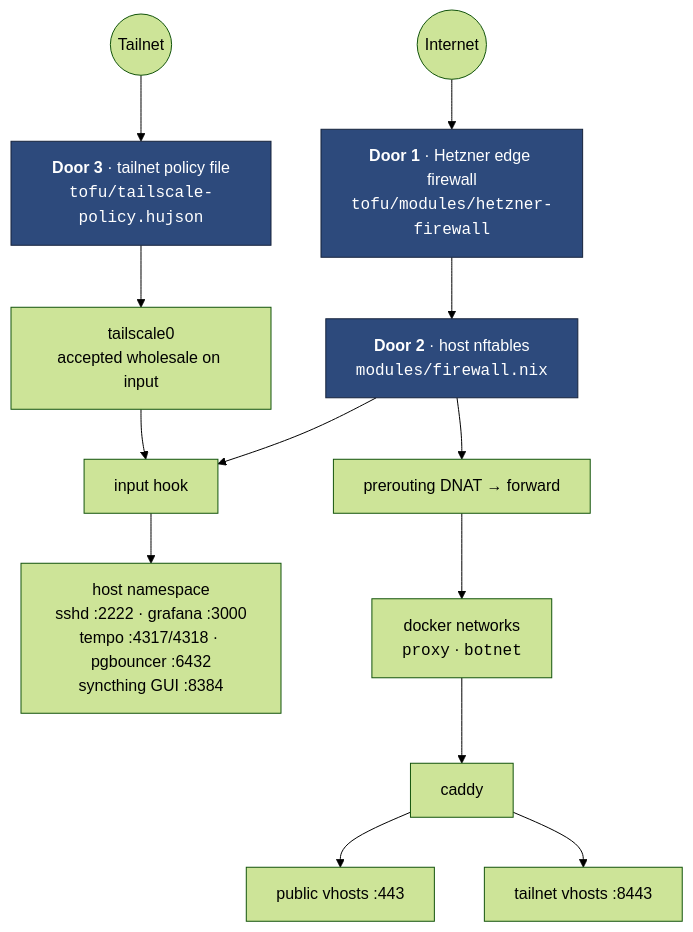
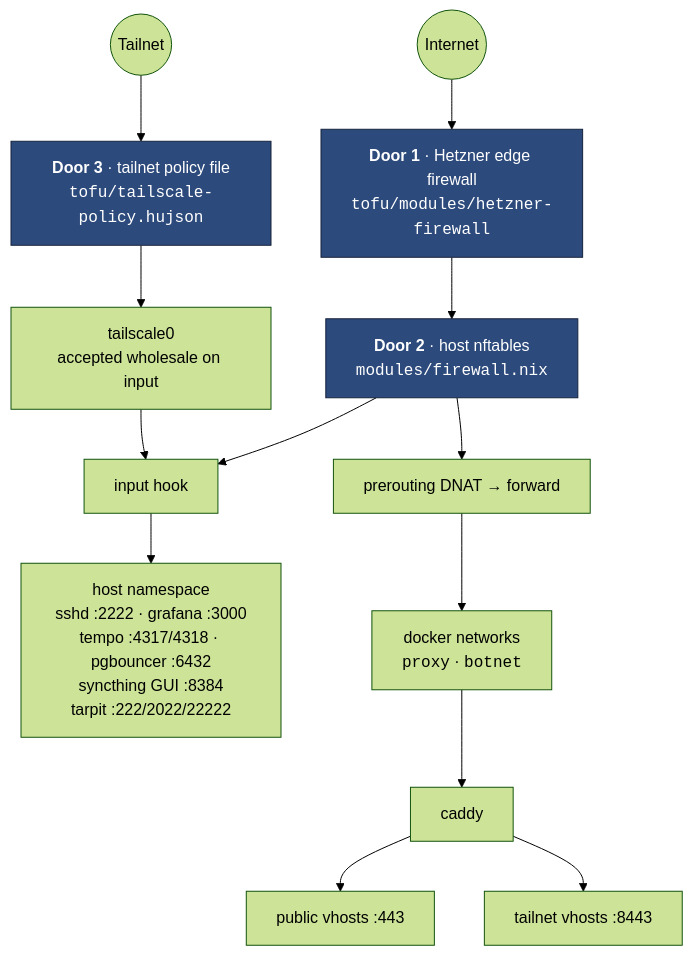
The first of 2 diagrams in docs/src/architecture/network.md (1Git2Clone/vps), drawn with Mermaid (forest theme) before and after one commit. The commit also changed other lines of this file and 9 other files, not shown here.

````diff
--- a/docs/src/architecture/network.md
+++ b/docs/src/architecture/network.md
@@ -6,23 +6,23 @@
 ```mermaid
 flowchart TB
     net(("Internet"))
     tailnet(("Tailnet"))
 
     net --> edge["<b>Door 1</b> · Hetzner edge firewall<br/><code>tofu/modules/hetzner-firewall</code>"]
     edge --> nft["<b>Door 2</b> · host nftables<br/><code>modules/firewall.nix</code>"]
     tailnet --> pol["<b>Door 3</b> · tailnet policy file<br/><code>tofu/tailscale-policy.hujson</code>"]
     pol --> ts["tailscale0<br/>accepted wholesale on input"]
 
     nft --> inp["input hook"]
     nft --> fwd["prerouting DNAT → forward"]
     ts --> inp
 
-    inp --> hostsvc["host namespace<br/>sshd :2222 · grafana :3000<br/>tempo :4317/4318 · pgbouncer :6432<br/>syncthing GUI :8384"]
+    inp --> hostsvc["host namespace<br/>sshd :2222 · grafana :3000<br/>tempo :4317/4318 · pgbouncer :6432<br/>syncthing GUI :8384<br/>tarpit :222/2022/22222"]
     fwd --> dock["docker networks<br/><code>proxy</code> · <code>botnet</code>"]
     dock --> caddy["caddy"]
     caddy --> pub["public vhosts :443"]
     caddy --> priv["tailnet vhosts :8443"]
 
     classDef door fill:#2d4a7c,stroke:#16233c,color:#fff
     class edge,nft,pol door
 ```
````
